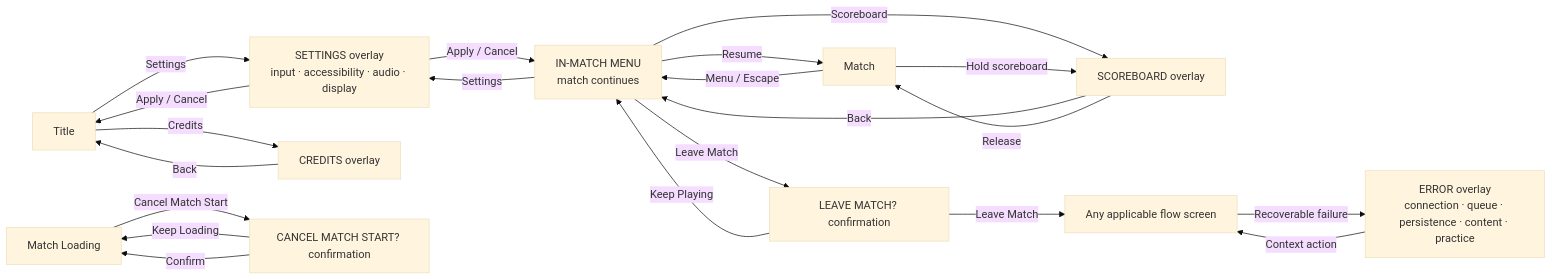
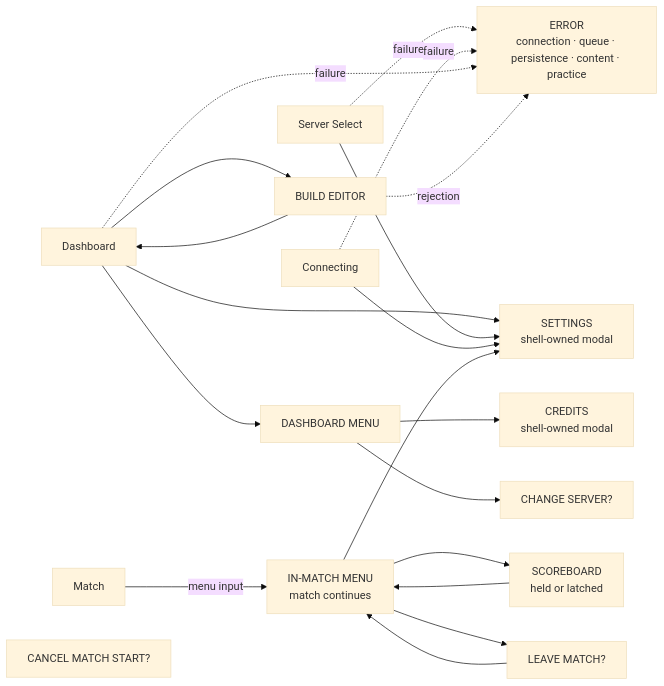
Before and after one commit to bebsworthy/pewpewblitz: the second of 3 diagrams in docs/screen-flow-map.md, drawn with Mermaid (base theme). The commit also changed other lines of this file and 11 other files, not shown here.

````diff
--- a/docs/screen-flow-map.md
+++ b/docs/screen-flow-map.md
@@ -62,38 +63,38 @@
 ```mermaid
 flowchart LR
-    Title[Title]
+    Dashboard[Dashboard]
+    ServerSelect[Server Select]
+    Connecting[Connecting]
     Match[Match]
     MatchMenu["IN-MATCH MENU<br/>match continues"]
-    Settings["SETTINGS overlay<br/>input · accessibility · audio · display"]
-    Credits["CREDITS overlay"]
-    Scoreboard["SCOREBOARD overlay"]
-    Leave["LEAVE MATCH? confirmation"]
-    Loading[Match Loading]
-    CancelStart["CANCEL MATCH START? confirmation"]
-    Flow["Any applicable flow screen"]
-    Error["ERROR overlay<br/>connection · queue · persistence · content · practice"]
+    Settings["SETTINGS<br/>shell-owned modal"]
+    Credits["CREDITS<br/>shell-owned modal"]
+    DashboardMenu["DASHBOARD MENU"]
+    BuildEditor["BUILD EDITOR"]
+    ChangeServer["CHANGE SERVER?"]
+    CancelStart["CANCEL MATCH START?"]
+    Leave["LEAVE MATCH?"]
+    Scoreboard["SCOREBOARD<br/>held or latched"]
+    Error["ERROR<br/>connection · queue · persistence · content · practice"]
 
-    Title -- Settings --> Settings
-    Settings -- "Apply / Cancel" --> Title
-    Title -- Credits --> Credits
-    Credits -- Back --> Title
+    Dashboard --> BuildEditor
+    BuildEditor --> Dashboard
+    Dashboard --> Settings
+    Dashboard --> DashboardMenu
+    DashboardMenu --> Credits
+    DashboardMenu --> ChangeServer
+    ServerSelect --> Settings
+    Connecting --> Settings
 
-    Match -- "Menu / Escape" --> MatchMenu
-    MatchMenu -- Resume --> Match
-    MatchMenu -- Settings --> Settings
-    Settings -- "Apply / Cancel" --> MatchMenu
-    MatchMenu -- Scoreboard --> Scoreboard
-    Scoreboard -- Back --> MatchMenu
-    Match -- "Hold scoreboard" --> Scoreboard
-    Scoreboard -- Release --> Match
-    MatchMenu -- "Leave Match" --> Leave
-    Leave -- "Keep Playing" --> MatchMenu
-    Leave -- "Leave Match" --> Flow
+    Match -- "menu input" --> MatchMenu
+    MatchMenu --> Settings
+    MatchMenu --> Scoreboard
+    MatchMenu --> Leave
+    Scoreboard --> MatchMenu
+    Leave --> MatchMenu
 
-    Loading -- "Cancel Match Start" --> CancelStart
-    CancelStart -- "Keep Loading" --> Loading
-    CancelStart -- Confirm --> Loading
-
-    Flow -- "Recoverable failure" --> Error
-    Error -- "Context action" --> Flow
+    ServerSelect -. failure .-> Error
+    Connecting -. failure .-> Error
+    Dashboard -. failure .-> Error
+    BuildEditor -. rejection .-> Error
 ```
````
